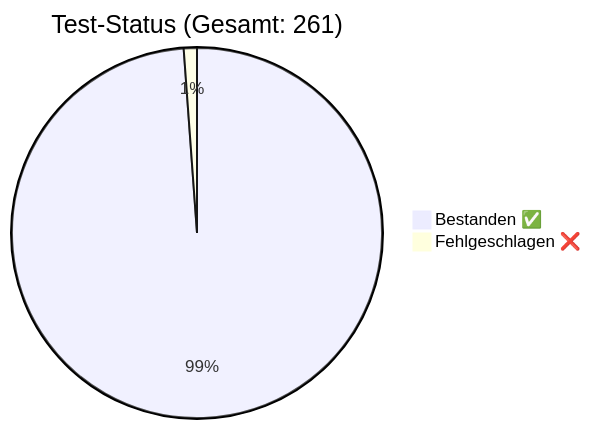
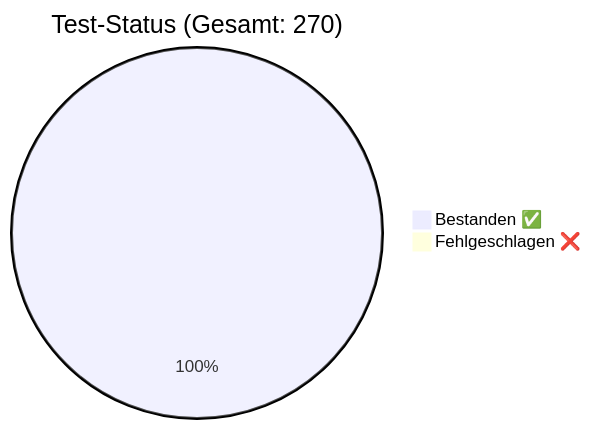
Before and after one commit to rorila/GCS: the diagram in docs/QA_Report.md, drawn with Mermaid. The commit also changed other lines of this file and 31 other files, not shown here.

First line of the commit message:
fix: Threshold-Variable Aufloesung und User-Story Diagramm-Anzeige

````diff
--- a/docs/QA_Report.md
+++ b/docs/QA_Report.md
@@ -8,5 +8,5 @@
 ```mermaid
-pie title Test-Status (Gesamt: 261)
-    "Bestanden ✅" : 258
-    "Fehlgeschlagen ❌" : 3
+pie title Test-Status (Gesamt: 270)
+    "Bestanden ✅" : 270
+    "Fehlgeschlagen ❌" : 0
 ```
````
